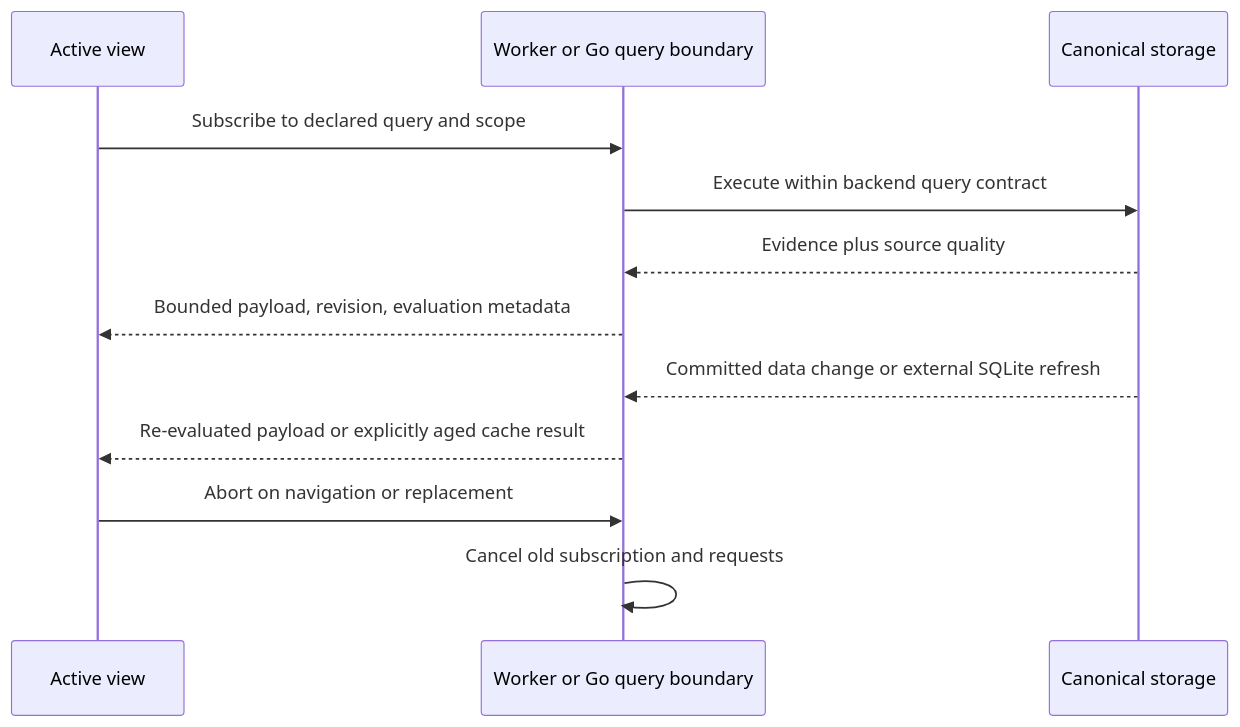
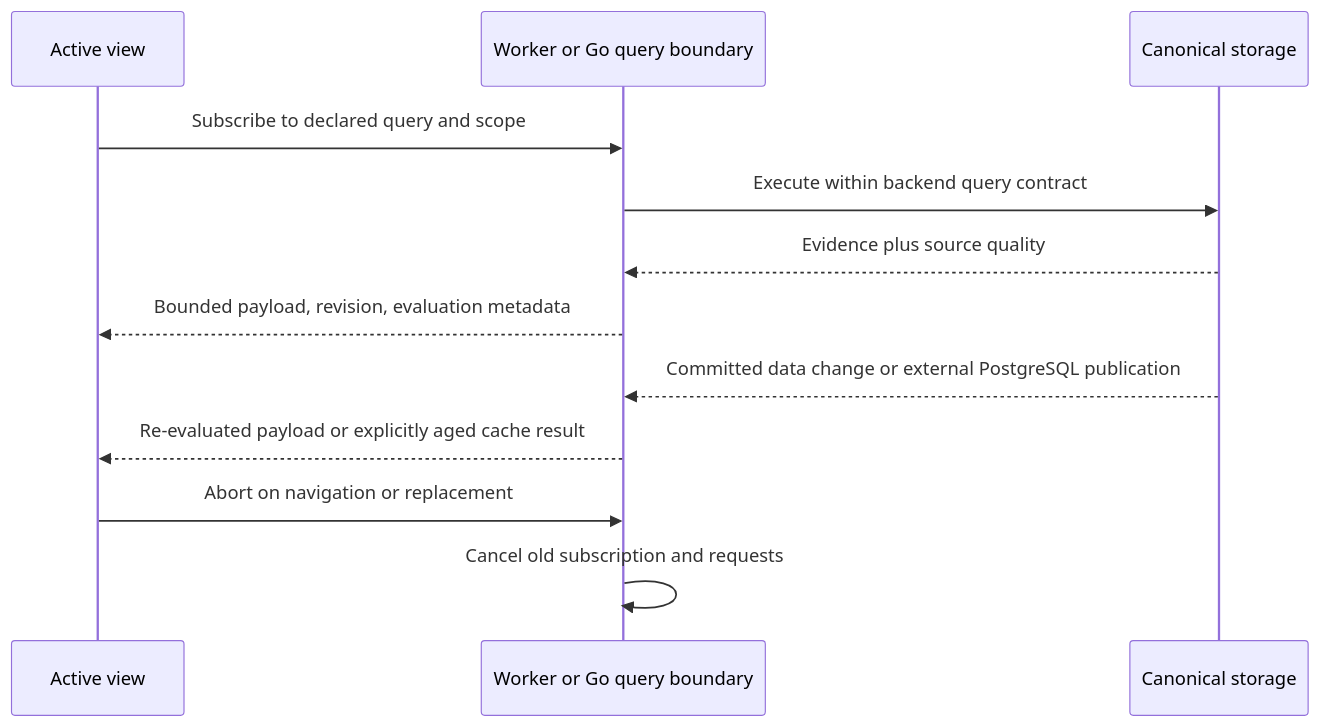
Before and after one commit to githubnext/gh-cao: the tenth of 15 diagrams in docs/dashboard-data-architecture.md, drawn with Mermaid. The commit also changed other lines of this file and 84 other files, not shown here.

First line of the commit message:
Manage cache-backed PostgreSQL for local dashboards

````diff
--- a/docs/dashboard-data-architecture.md
+++ b/docs/dashboard-data-architecture.md
@@ -411,16 +411,16 @@
 ```mermaid
 sequenceDiagram
   accTitle: Reactive query lifecycle
   accDescr: Views subscribe with an abort-scoped lifetime. Backend revision changes trigger fresh bounded query results. Optional cached results retain their original evaluation time and revision.
   participant V as Active view
   participant B as Worker or Go query boundary
   participant D as Canonical storage
   V->>B: Subscribe to declared query and scope
   B->>D: Execute within backend query contract
   D-->>B: Evidence plus source quality
   B-->>V: Bounded payload, revision, evaluation metadata
-  D-->>B: Committed data change or external SQLite refresh
+  D-->>B: Committed data change or external PostgreSQL publication
   B-->>V: Re-evaluated payload or explicitly aged cache result
   V->>B: Abort on navigation or replacement
   B->>B: Cancel old subscription and requests
 ```
````
